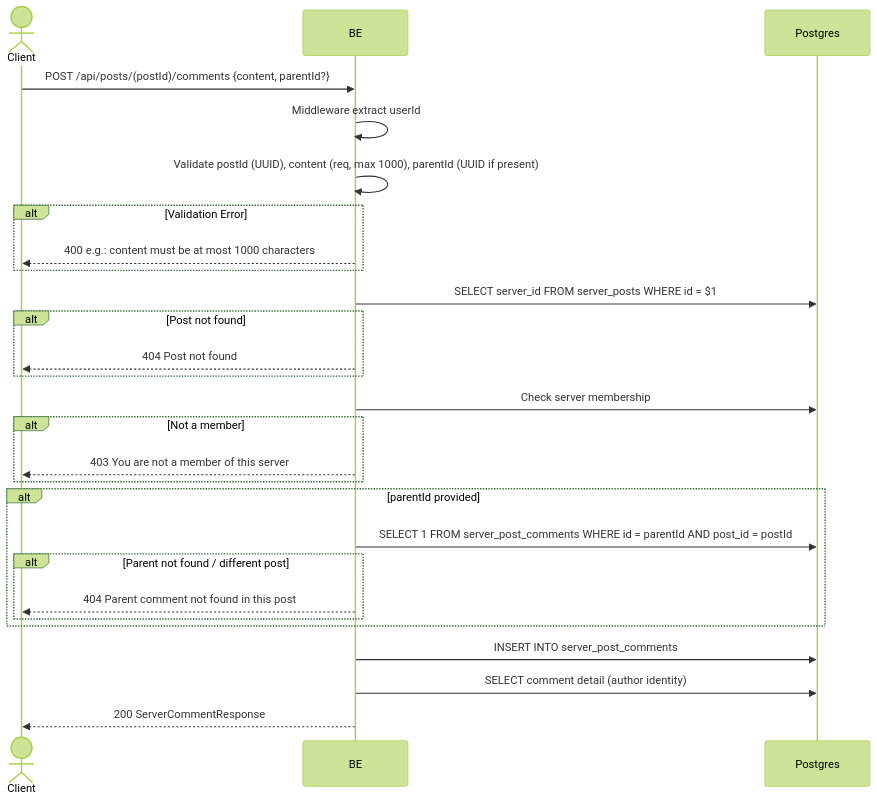
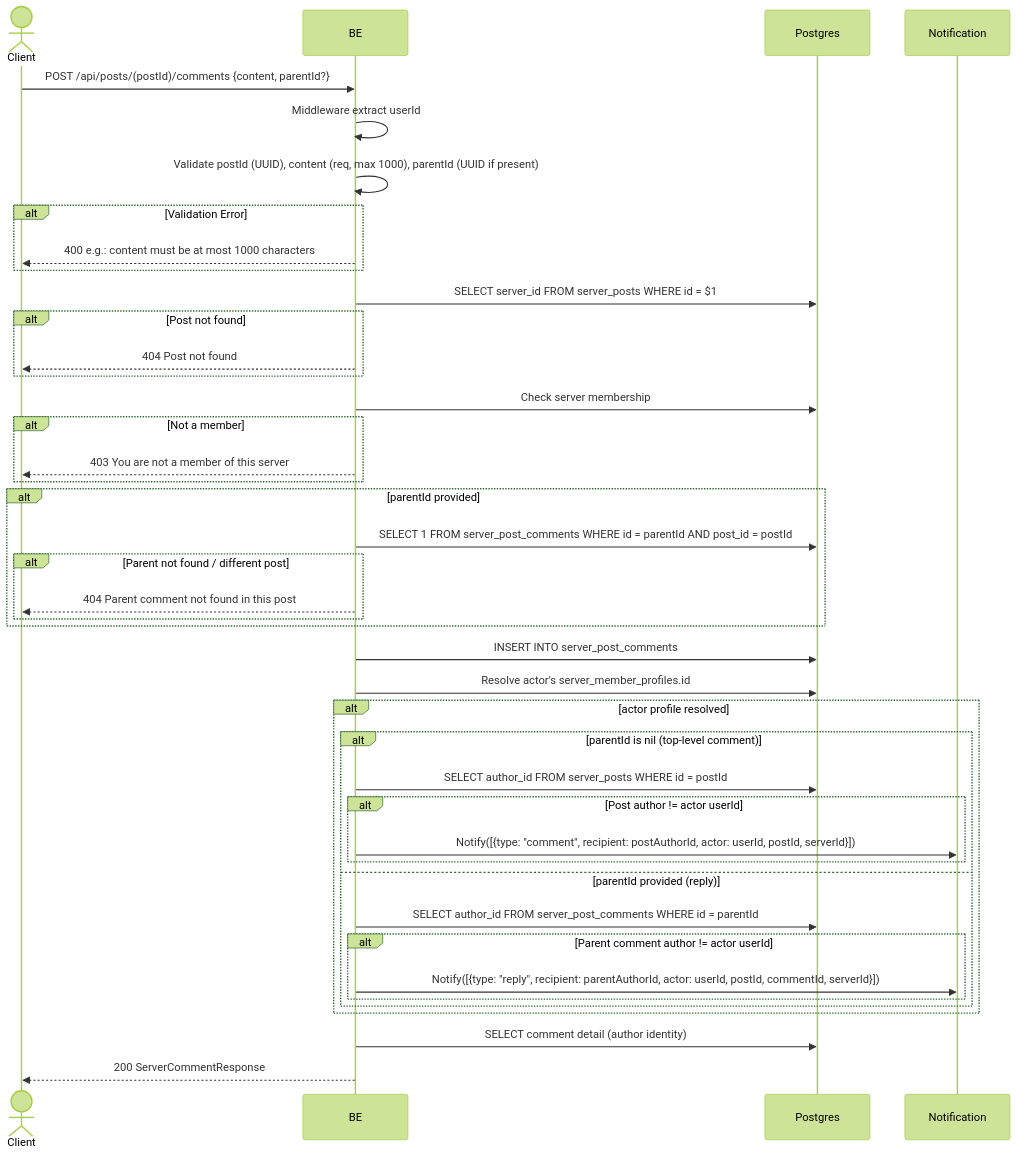
One commit to ferdian3456/virdanproject changed the diagram in docs/flows/en/create_comment.md. Above: the diagram before and after it, drawn with Mermaid (forest theme). The commit also changed other lines of this file and 67 other files, not shown here.

First line of the commit message:
Audit and fix API flow docs; add missing Payment/Chat documentation (#42)

````diff
--- a/docs/flows/en/create_comment.md
+++ b/docs/flows/en/create_comment.md
@@ -13,30 +13,45 @@
 ```mermaid
 sequenceDiagram
     actor Client
     participant BE
     participant Postgres
+    participant Notification
 
     Client->>BE: POST /api/posts/(postId)/comments {content, parentId?}
     BE->>BE: Middleware extract userId
     BE->>BE: Validate postId (UUID), content (req, max 1000), parentId (UUID if present)
     alt Validation Error
         BE-->>Client: 400 e.g.: content must be at most 1000 characters
     end
     BE->>Postgres: SELECT server_id FROM server_posts WHERE id = $1
     alt Post not found
         BE-->>Client: 404 Post not found
     end
     BE->>Postgres: Check server membership
     alt Not a member
         BE-->>Client: 403 You are not a member of this server
     end
     alt parentId provided
         BE->>Postgres: SELECT 1 FROM server_post_comments WHERE id = parentId AND post_id = postId
         alt Parent not found / different post
             BE-->>Client: 404 Parent comment not found in this post
         end
     end
     BE->>Postgres: INSERT INTO server_post_comments
+    BE->>Postgres: Resolve actor's server_member_profiles.id
+    alt actor profile resolved
+        alt parentId is nil (top-level comment)
+            BE->>Postgres: SELECT author_id FROM server_posts WHERE id = postId
+            alt Post author != actor userId
+                BE->>Notification: Notify([{type: "comment", recipient: postAuthorId, actor: userId, postId, serverId}])
+            end
+        else parentId provided (reply)
+            BE->>Postgres: SELECT author_id FROM server_post_comments WHERE id = parentId
+            alt Parent comment author != actor userId
+                BE->>Notification: Notify([{type: "reply", recipient: parentAuthorId, actor: userId, postId, commentId, serverId}])
+            end
+        end
+    end
     BE->>Postgres: SELECT comment detail (author identity)
     BE-->>Client: 200 ServerCommentResponse
 ```
````
